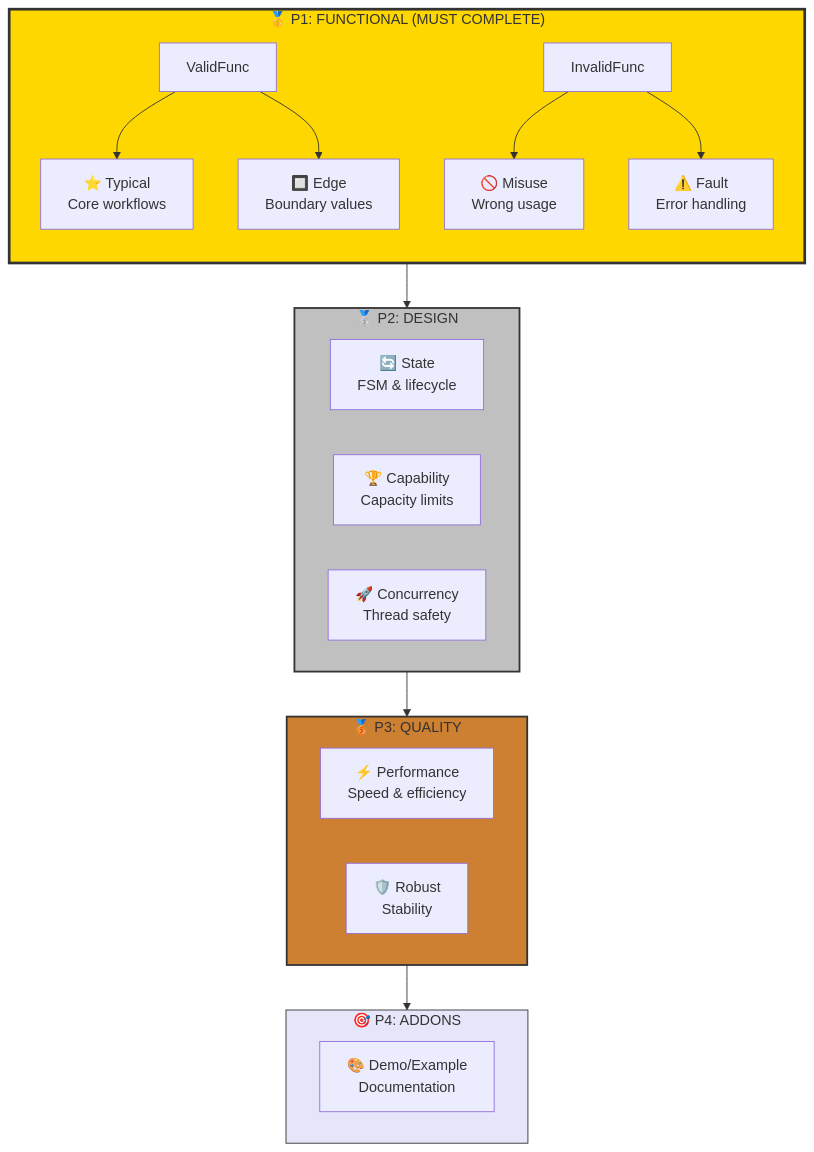
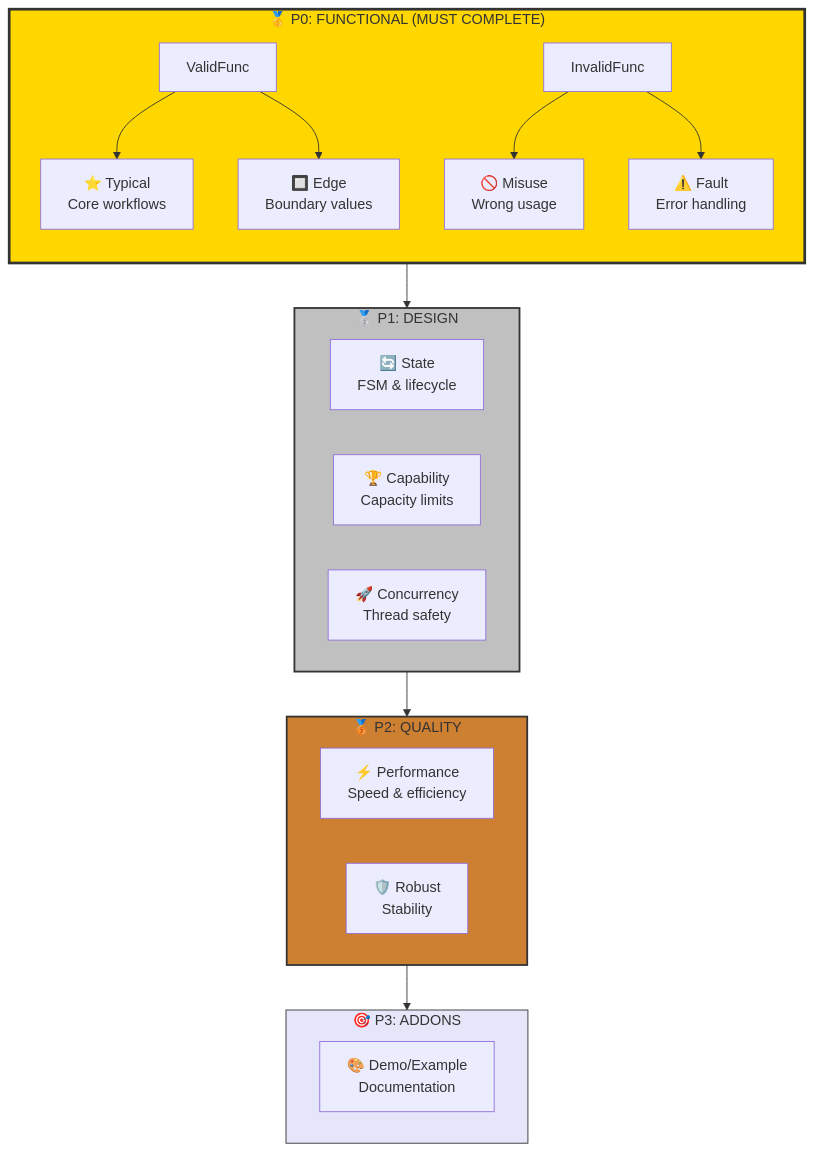
Before and after one commit to EnigmaWU/MyCaTDD: the third of 5 diagrams in methodPrompts/CaTDD-UserGuide-PPT.md, drawn with Mermaid. The commit also changed other lines of this file and 34 other files, not shown here.

````diff
--- a/methodPrompts/CaTDD-UserGuide-PPT.md
+++ b/methodPrompts/CaTDD-UserGuide-PPT.md
@@ -185,40 +185,40 @@
 ```mermaid
 graph TD
-    subgraph P1["🥇 P1: FUNCTIONAL (MUST COMPLETE)"]
+    subgraph P0["🥇 P0: FUNCTIONAL (MUST COMPLETE)"]
         direction TB
         ValidFunc[ValidFunc]
         InvalidFunc[InvalidFunc]
         Typical[⭐ Typical<br/>Core workflows]
         Edge[🔲 Edge<br/>Boundary values]
         Misuse[🚫 Misuse<br/>Wrong usage]
         Fault[⚠️ Fault<br/>Error handling]
         ValidFunc --> Typical
         ValidFunc --> Edge
         InvalidFunc --> Misuse
         InvalidFunc --> Fault
     end
     
-    subgraph P2["🥈 P2: DESIGN"]
+    subgraph P1["🥈 P1: DESIGN"]
         State[🔄 State<br/>FSM & lifecycle]
         Capability[🏆 Capability<br/>Capacity limits]
         Concurrency[🚀 Concurrency<br/>Thread safety]
     end
     
-    subgraph P3["🥉 P3: QUALITY"]
+    subgraph P2["🥉 P2: QUALITY"]
         Performance[⚡ Performance<br/>Speed & efficiency]
         Robust[🛡️ Robust<br/>Stability]
     end
     
-    subgraph P4["🎯 P4: ADDONS"]
+    subgraph P3["🎯 P3: ADDONS"]
         Demo[🎨 Demo/Example<br/>Documentation]
     end
     
+    P0 --> P1
     P1 --> P2
     P2 --> P3
-    P3 --> P4
     
-    style P1 fill:#ffd700,stroke:#333,stroke-width:3px
-    style P2 fill:#c0c0c0,stroke:#333,stroke-width:2px
-    style P3 fill:#cd7f32,stroke:#333,stroke-width:2px
-    style P4 fill:#e6e6fa,stroke:#333,stroke-width:1px
+    style P0 fill:#ffd700,stroke:#333,stroke-width:3px
+    style P1 fill:#c0c0c0,stroke:#333,stroke-width:2px
+    style P2 fill:#cd7f32,stroke:#333,stroke-width:2px
+    style P3 fill:#e6e6fa,stroke:#333,stroke-width:1px
 ```
````
